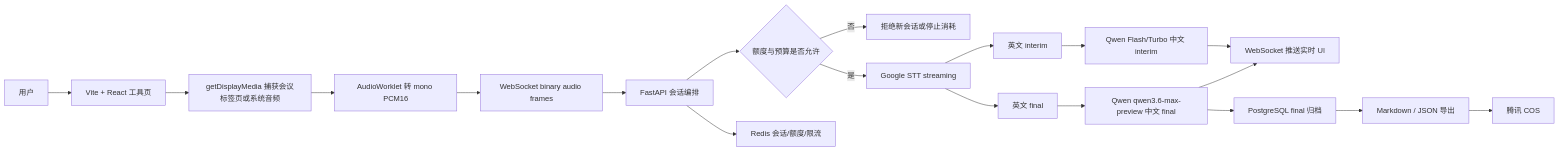
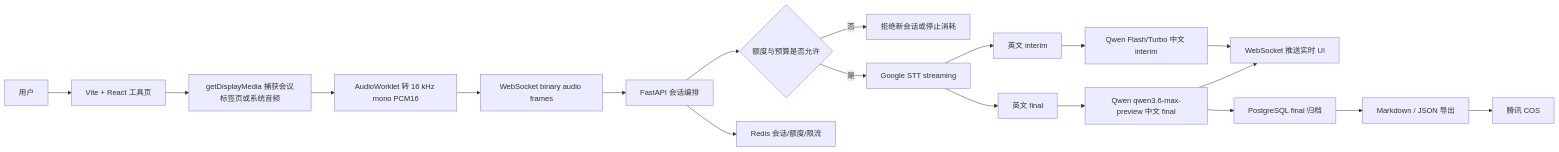
Before and after one commit to Zero-Zero001/meeting_mvp: the first of 7 diagrams in memory-bank/meeting-prd.md, drawn with Mermaid. The commit also changed other lines of this file and 5 other files, not shown here.

````diff
--- a/memory-bank/meeting-prd.md
+++ b/memory-bank/meeting-prd.md
@@ -80,21 +80,21 @@
 ```mermaid
 flowchart LR
   User["用户"] --> Browser["Vite + React 工具页"]
   Browser --> Capture["getDisplayMedia 捕获会议标签页或系统音频"]
-  Capture --> Worklet["AudioWorklet 转 mono PCM16"]
+  Capture --> Worklet["AudioWorklet 转 16 kHz mono PCM16"]
   Worklet --> WS["WebSocket binary audio frames"]
   WS --> Backend["FastAPI 会话编排"]
   Backend --> Quota{"额度与预算是否允许"}
   Quota -- "否" --> Reject["拒绝新会话或停止消耗"]
   Quota -- "是" --> Google["Google STT streaming"]
   Google --> InterimEN["英文 interim"]
   Google --> FinalEN["英文 final"]
   InterimEN --> Qwen["Qwen Flash/Turbo 中文 interim"]
   FinalEN --> QwenFinal["Qwen qwen3.6-max-preview 中文 final"]
   Qwen --> Push["WebSocket 推送实时 UI"]
   QwenFinal --> Push
   QwenFinal --> PG["PostgreSQL final 归档"]
   Backend --> Redis["Redis 会话/额度/限流"]
   PG --> Export["Markdown / JSON 导出"]
   Export --> COS["腾讯 COS"]
 ```
````
